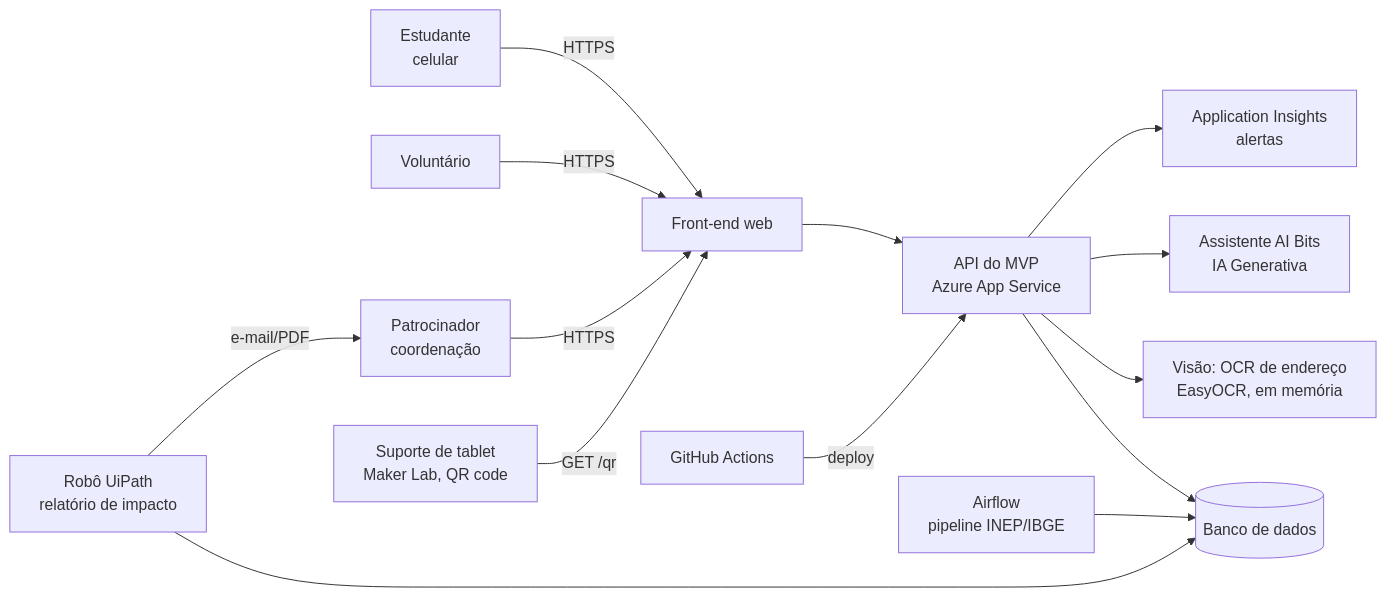
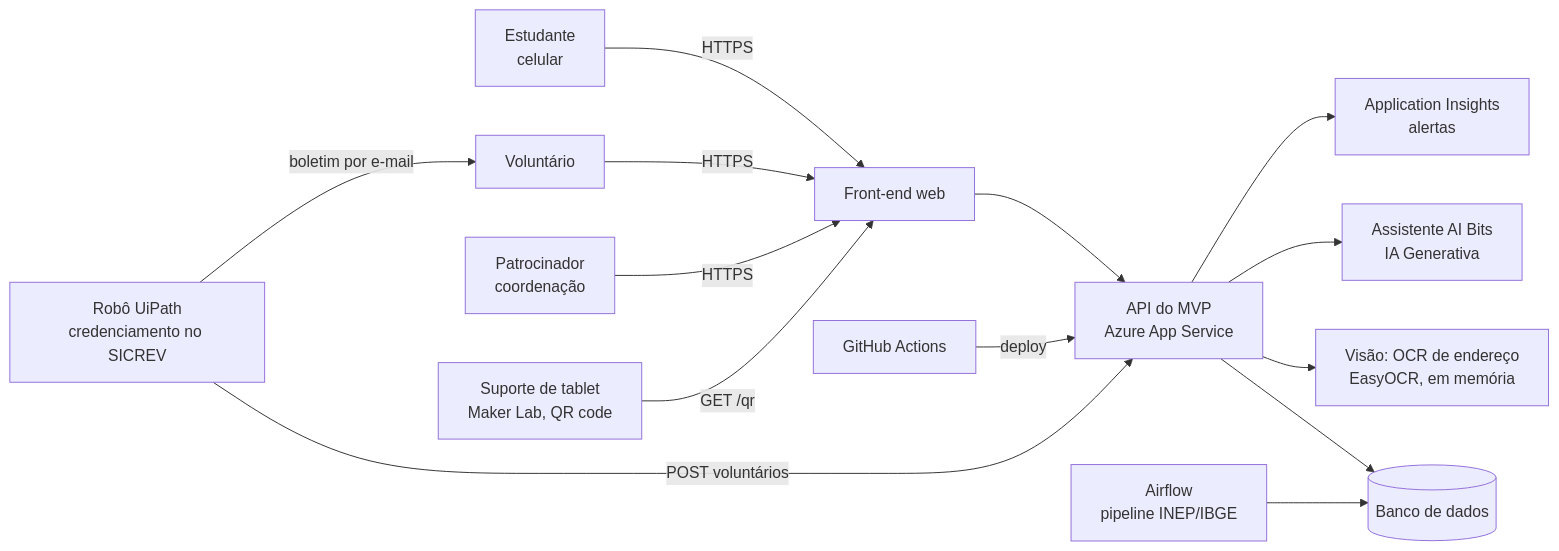
The diagram in docs/FICHA_TECNICA_MVP.md (GiantMazelliWasHere/apoio-escolar-periferico), drawn with Mermaid before and after one commit. The commit also changed other lines of this file and 55 other files, not shown here.

````diff
--- a/docs/FICHA_TECNICA_MVP.md
+++ b/docs/FICHA_TECNICA_MVP.md
@@ -68,16 +68,16 @@
 ```mermaid
 flowchart LR
     E[Estudante<br/>celular] -->|HTTPS| FE[Front-end web]
     V[Voluntário] -->|HTTPS| FE
     P[Patrocinador<br/>coordenação] -->|HTTPS| FE
     FE --> API[API do MVP<br/>Azure App Service]
     API --> DB[(Banco de dados)]
     API --> CV[Visão: OCR de endereço<br/>EasyOCR, em memória]
     API --> IA[Assistente AI Bits<br/>IA Generativa]
     AF[Airflow<br/>pipeline INEP/IBGE] --> DB
-    RPA[Robô UiPath<br/>relatório de impacto] --> DB
-    RPA -->|e-mail/PDF| P
+    RPA[Robô UiPath<br/>credenciamento no SICREV] -->|POST voluntários| API
+    RPA -->|boletim por e-mail| V
     GH[GitHub Actions] -->|deploy| API
     API --> AI[Application Insights<br/>alertas]
     QR[Suporte de tablet<br/>Maker Lab, QR code] -->|GET /qr| FE
 ```
````
